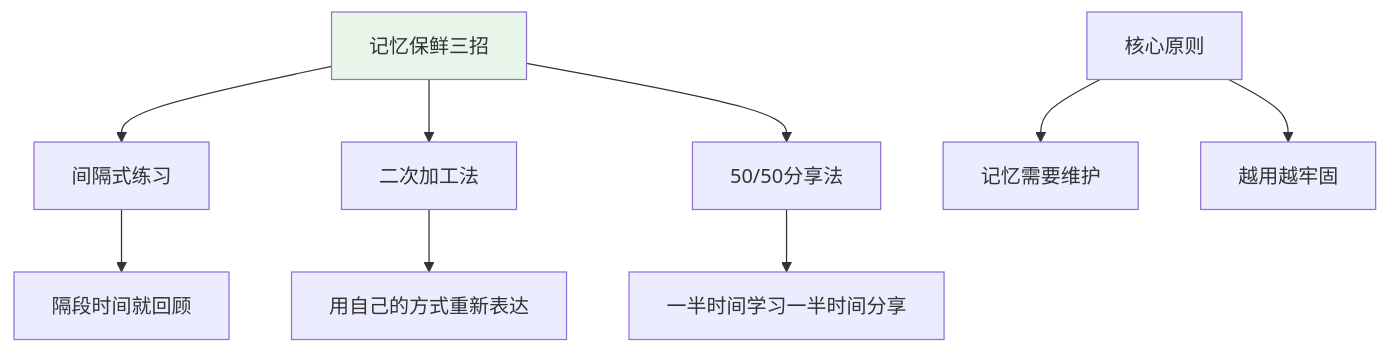
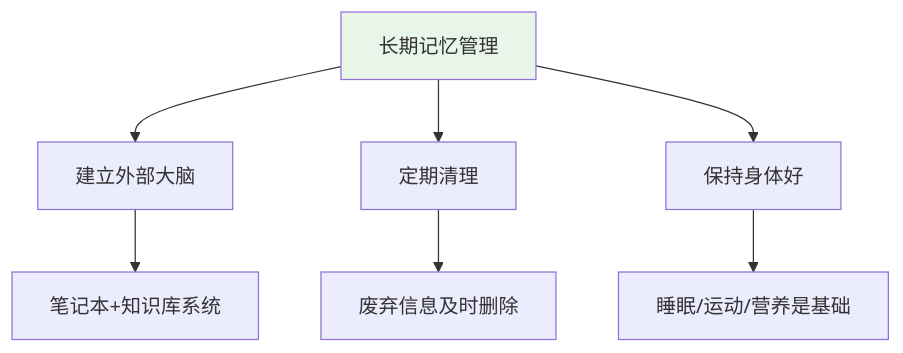
Before and after one commit to chongyang211/YCBookBlog: the fifth of 7 diagrams in 10.打工充平常记录/10.自我精进七课/07.底层思维的训练/7.4记忆能力的训练.md, drawn with Mermaid. The commit also changed other lines of this file and 55 other files, not shown here.

````diff
--- a/10.打工充平常记录/10.自我精进七课/07.底层思维的训练/7.4记忆能力的训练.md
+++ b/10.打工充平常记录/10.自我精进七课/07.底层思维的训练/7.4记忆能力的训练.md
@@ -254,12 +190,10 @@
 ```mermaid
 graph TD
-    A[记忆保鲜三招] --> B[间隔式练习]
-    A --> C[二次加工法]
-    A --> D[50/50分享法]
-    B --> B1[隔段时间就回顾]
-    C --> C1[用自己的方式重新表达]
-    D --> D1[一半时间学习一半时间分享]
-    E[核心原则] --> E1[记忆需要维护]
-    E --> E2[越用越牢固]
+    A[长期记忆管理] --> B[建立外部大脑]
+    A --> C[定期清理]
+    A --> D[保持身体好]
+    B --> B1[笔记本+知识库系统]
+    C --> C1[废弃信息及时删除]
+    D --> D1[睡眠/运动/营养是基础]
     style A fill:#e8f5e9
 ```
````
